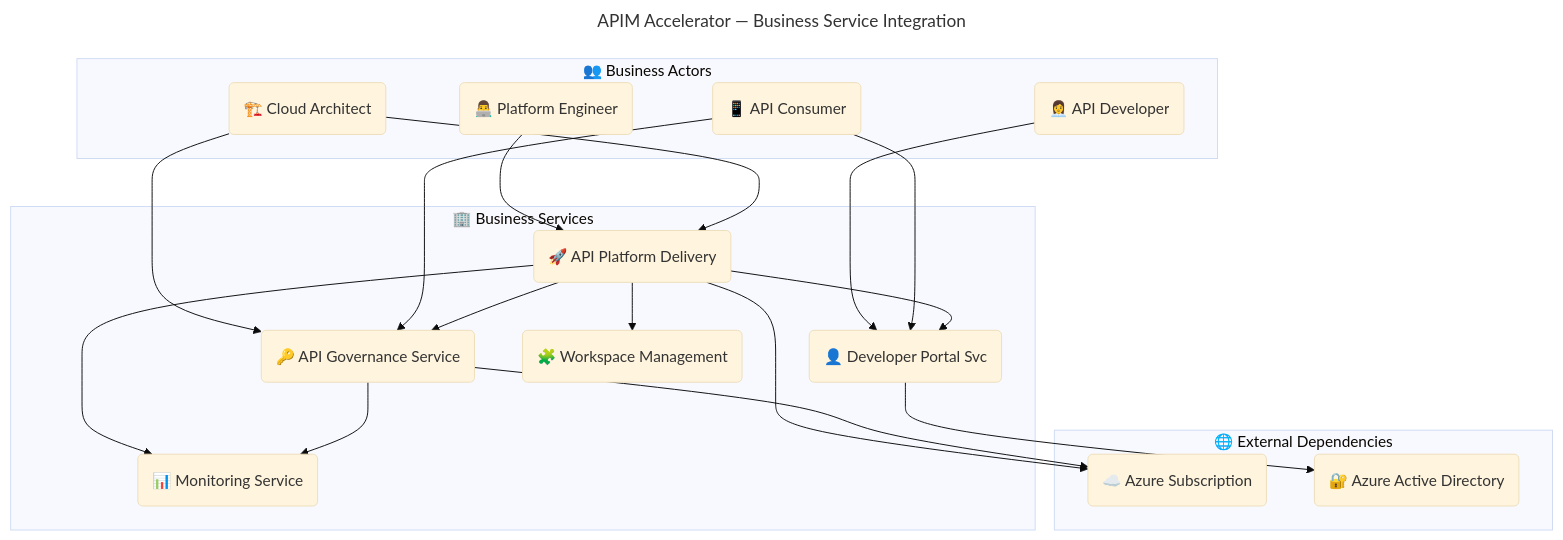
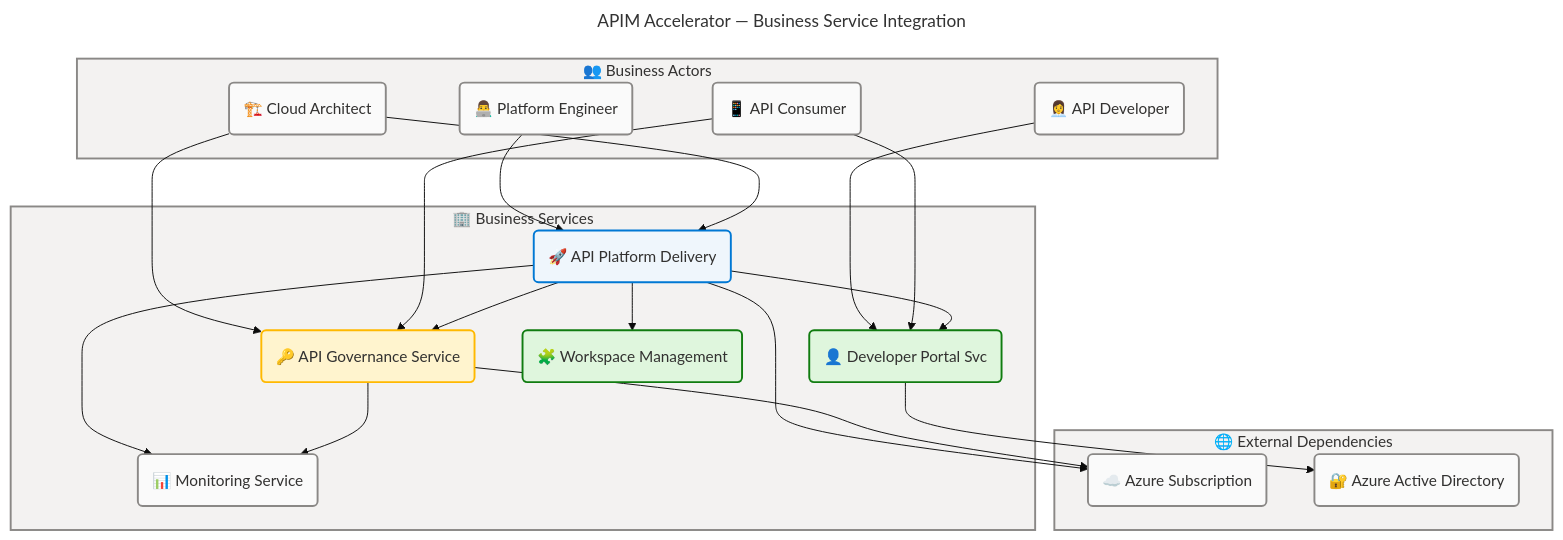
Before and after one commit to Evilazaro/APIM-Accelerator: the fourth of 6 diagrams in docs/architecture/business-architecture.md, drawn with Mermaid. The commit also changed other lines of this file, not shown here.

Commit message:
style: enhance flowchart styles with additional class definitions for improved clarity and consistency in business architecture diagrams

````diff
--- a/docs/architecture/business-architecture.md
+++ b/docs/architecture/business-architecture.md
@@ -619,66 +645,75 @@
 ```mermaid
 ---
 title: "APIM Accelerator — Business Service Integration"
 config:
   theme: base
   look: classic
   layout: dagre
   themeVariables:
     fontSize: '16px'
   flowchart:
     htmlLabels: true
 ---
 flowchart TB
     accTitle: Business Service Integration Map
     accDescr: Business actor roles consuming business services which depend on Technology and external components — showing unidirectional dependency chains across actors, business services, and external dependencies
 
     %% ═══════════════════════════════════════════════════════════════════════════
     %% AZURE / FLUENT ARCHITECTURE PATTERN v2.0
     %% (Semantic + Structural + Font + Accessibility Governance)
     %% ═══════════════════════════════════════════════════════════════════════════
     %% PHASE 1 - FLUENT UI: All styling uses approved Fluent UI palette only
     %% PHASE 2 - GROUPS: Every subgraph has semantic color via style directive
     %% PHASE 3 - COMPONENTS: Every node has semantic classDef + icon prefix
     %% PHASE 4 - ACCESSIBILITY: accTitle/accDescr present, WCAG AA contrast
     %% PHASE 5 - STANDARD: Governance block present, classDefs centralized
     %% ═══════════════════════════════════════════════════════════════════════════
 
 
 
     subgraph actors["👥 Business Actors"]
         actor1("👨‍💻 Platform Engineer"):::neutral
         actor2("🏗️ Cloud Architect"):::neutral
         actor3("👩‍💼 API Developer"):::neutral
         actor4("📱 API Consumer"):::neutral
     end
 
     subgraph bizServices["🏢 Business Services"]
         bs1("🚀 API Platform Delivery"):::core
         bs2("📊 Monitoring Service"):::neutral
         bs3("🔑 API Governance Service"):::warning
         bs4("👤 Developer Portal Svc"):::success
         bs5("🧩 Workspace Management"):::success
     end
 
     subgraph external["🌐 External Dependencies"]
         ext1("☁️ Azure Subscription"):::neutral
         ext2("🔐 Azure Active Directory"):::neutral
     end
 
     actor1 --> bs1
     actor2 --> bs1
     actor2 --> bs3
     actor3 --> bs4
     actor4 --> bs4
     actor4 --> bs3
     bs1 --> bs2
     bs1 --> bs3
     bs1 --> bs4
     bs1 --> bs5
     bs3 --> bs2
     bs1 --> ext1
     bs4 --> ext2
     bs3 --> ext1
 
+    classDef neutral fill:#FAFAFA,stroke:#8A8886,stroke-width:2px,color:#323130
+    classDef core fill:#EFF6FC,stroke:#0078D4,stroke-width:2px,color:#323130
+    classDef success fill:#DFF6DD,stroke:#107C10,stroke-width:2px,color:#323130
+    classDef warning fill:#FFF4CE,stroke:#FFB900,stroke-width:2px,color:#323130
+    classDef danger fill:#FDE7E9,stroke:#D13438,stroke-width:2px,color:#323130
+
+    style actors fill:#F3F2F1,stroke:#8A8886,stroke-width:2px,color:#323130
+    style bizServices fill:#F3F2F1,stroke:#8A8886,stroke-width:2px,color:#323130
+    style external fill:#F3F2F1,stroke:#8A8886,stroke-width:2px,color:#323130
 
 ```
````
